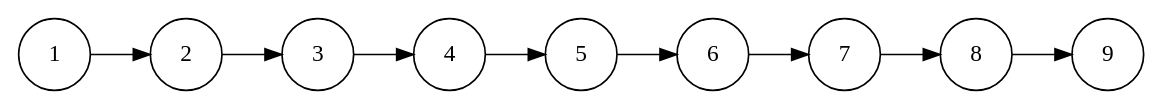
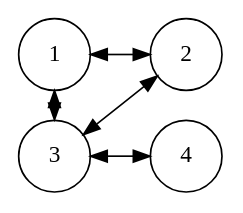
Before and after one commit to jharris319/problem5: the diagram in sqrt.dot, drawn with Graphviz. The commit also changed 2 other files, not shown here.

Commit message:
removed 'Done' printout from graphGen

```diff
--- a/sqrt.dot
+++ b/sqrt.dot
@@ -1,6 +1,11 @@
 digraph G {
 	rankdir = LR
 	node[shape = circle , height = .6, fixedsize = true];
+	edge[dir=both];
 
-	1 -> 2 -> 3 -> 4 -> 5 -> 6 -> 7 -> 8 -> 9;
+	1 -> 2;
+	2 -> 3 [constraint=false];
+	1 -> 3 [constraint=false];
+	3 -> 4;
+
 }
```
